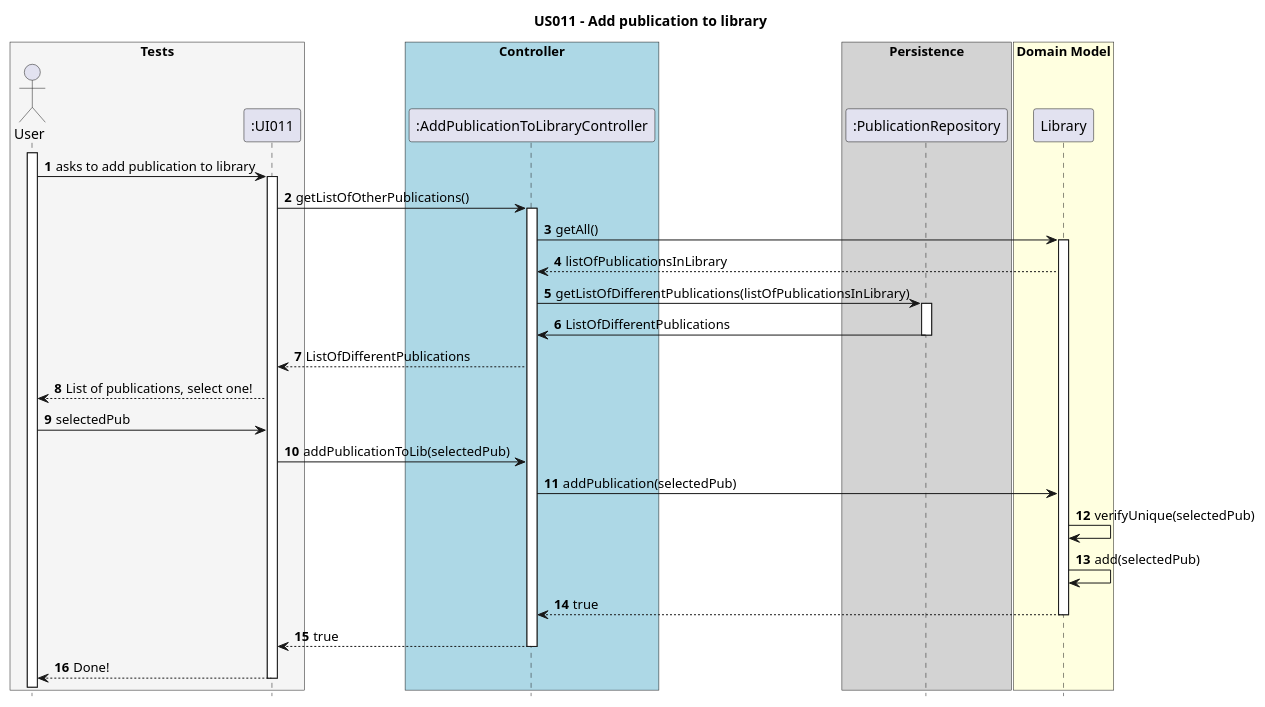
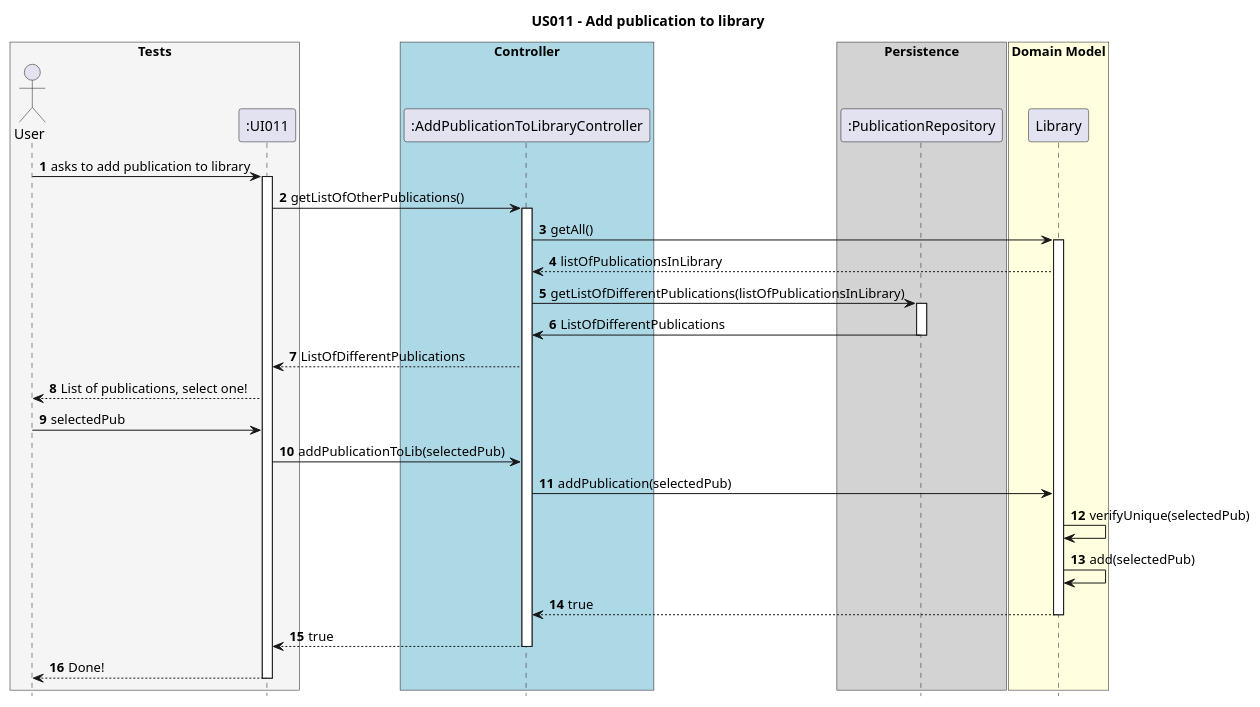
The diagram in Diagrams/SequenceDiagrams/N2/US011-To-add-a-publication-To-Library.puml (AndrePereiraGitH/SWitCH-Project-Team_A), drawn with PlantUML before and after one commit.

Commit message:
Working on #33, made some minor alterations

```diff
--- a/Diagrams/SequenceDiagrams/N2/US011-To-add-a-publication-To-Library.puml
+++ b/Diagrams/SequenceDiagrams/N2/US011-To-add-a-publication-To-Library.puml
@@ -1,52 +1,51 @@
 @startuml
 autonumber
 hide footbox
 title US011 - Add publication to library
 
 
 box "Tests" #WhiteSmoke
     actor "User" as User
     participant ":UI011" as UI
 end box
 
 box "Controller" #LightBlue
     participant ":AddPublicationToLibraryController" as Ctrl
 end box
 
 box "Persistence" #LightGrey
     participant ":PublicationRepository" as PubRepo
 end box
 
 box "Domain Model" #LightYellow
     participant "Library" as LibDomain
 end box
 
-activate User
 User -> UI : asks to add publication to library
 activate UI
 UI -> Ctrl : getListOfOtherPublications()
 activate Ctrl
 
 Ctrl -> LibDomain: getAll()
 activate LibDomain
 LibDomain --> Ctrl: listOfPublicationsInLibrary
 Ctrl -> PubRepo: getListOfDifferentPublications(listOfPublicationsInLibrary)
 activate PubRepo
 PubRepo -> Ctrl : ListOfDifferentPublications
 deactivate PubRepo
 Ctrl --> UI: ListOfDifferentPublications
 UI --> User: List of publications, select one!
 
 User -> UI: selectedPub
 UI -> Ctrl: addPublicationToLib(selectedPub)
 Ctrl -> LibDomain: addPublication(selectedPub)
 LibDomain -> LibDomain: verifyUnique(selectedPub)
 LibDomain -> LibDomain: add(selectedPub)
 LibDomain --> Ctrl: true
 deactivate LibDomain
 Ctrl --> UI: true
 deactivate Ctrl
 UI --> User: Done!
 deactivate UI
 
 @enduml
```
